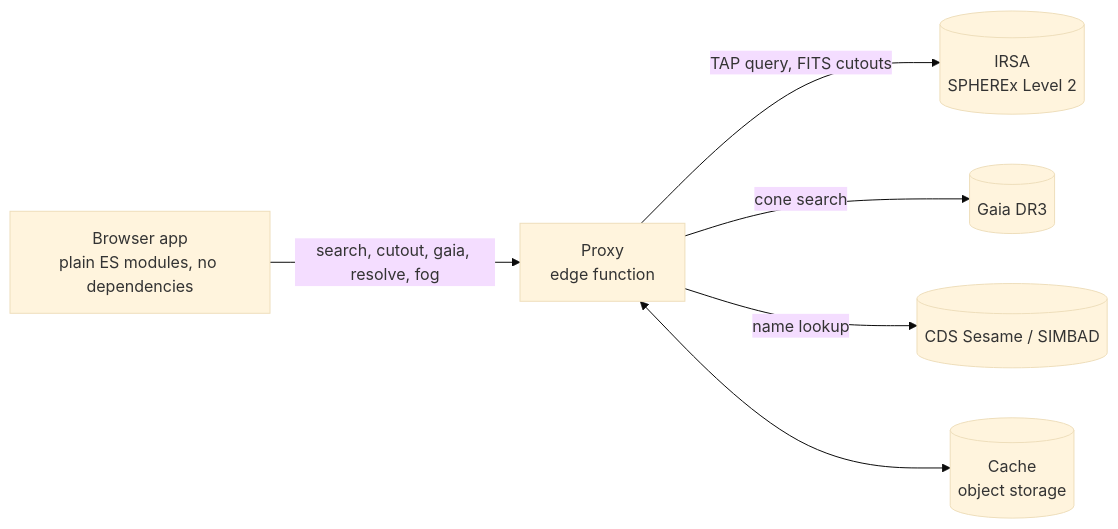
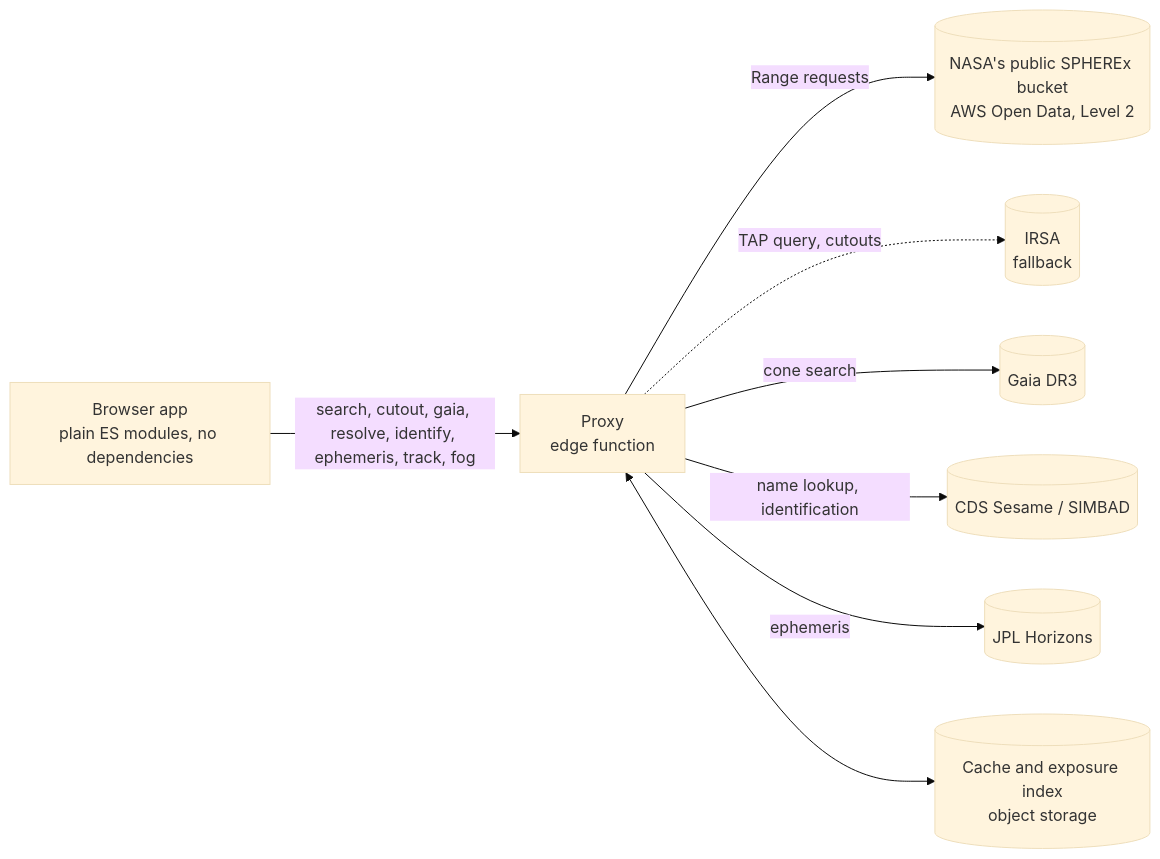
The diagram in apps/tombaugh/README.md (IshiakiZ/Batchly-Public), drawn with Mermaid (base theme) before and after one commit. The commit also changed other lines of this file and 52 other files, not shown here.

First line of the commit message:
Tombaugh: results on real data in the docs, release DOIs, front page, name-only links

````diff
--- a/apps/tombaugh/README.md
+++ b/apps/tombaugh/README.md
@@ -161,14 +214,18 @@
 ```mermaid
 flowchart LR
   B["Browser app<br/>plain ES modules, no dependencies"]
   P["Proxy<br/>edge function"]
-  S[("Cache<br/>object storage")]
-  I[("IRSA<br/>SPHEREx Level 2")]
+  S[("Cache and exposure index<br/>object storage")]
+  A[("NASA's public SPHEREx bucket<br/>AWS Open Data, Level 2")]
+  I[("IRSA<br/>fallback")]
   G[("Gaia DR3")]
   C[("CDS Sesame / SIMBAD")]
-  B -- "search, cutout, gaia, resolve, fog" --> P
-  P -- "TAP query, FITS cutouts" --> I
+  H[("JPL Horizons")]
+  B -- "search, cutout, gaia, resolve, identify, ephemeris, track, fog" --> P
+  P -- "Range requests" --> A
+  P -. "TAP query, cutouts" .-> I
   P -- "cone search" --> G
-  P -- "name lookup" --> C
+  P -- "name lookup, identification" --> C
+  P -- "ephemeris" --> H
   P <--> S
 ```
````
